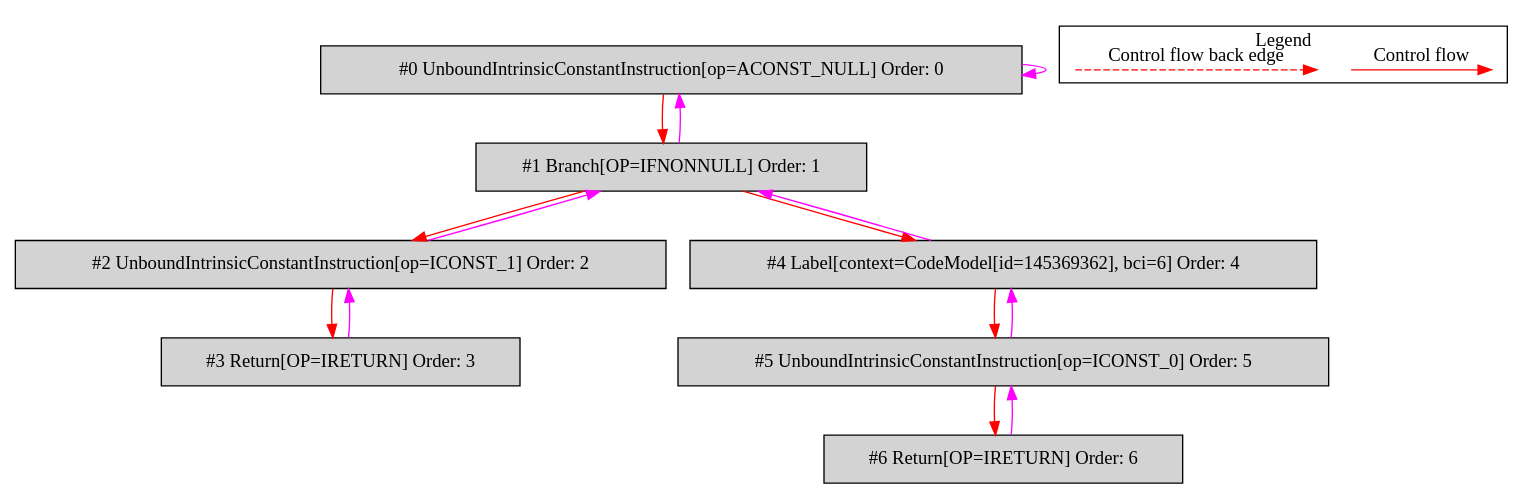
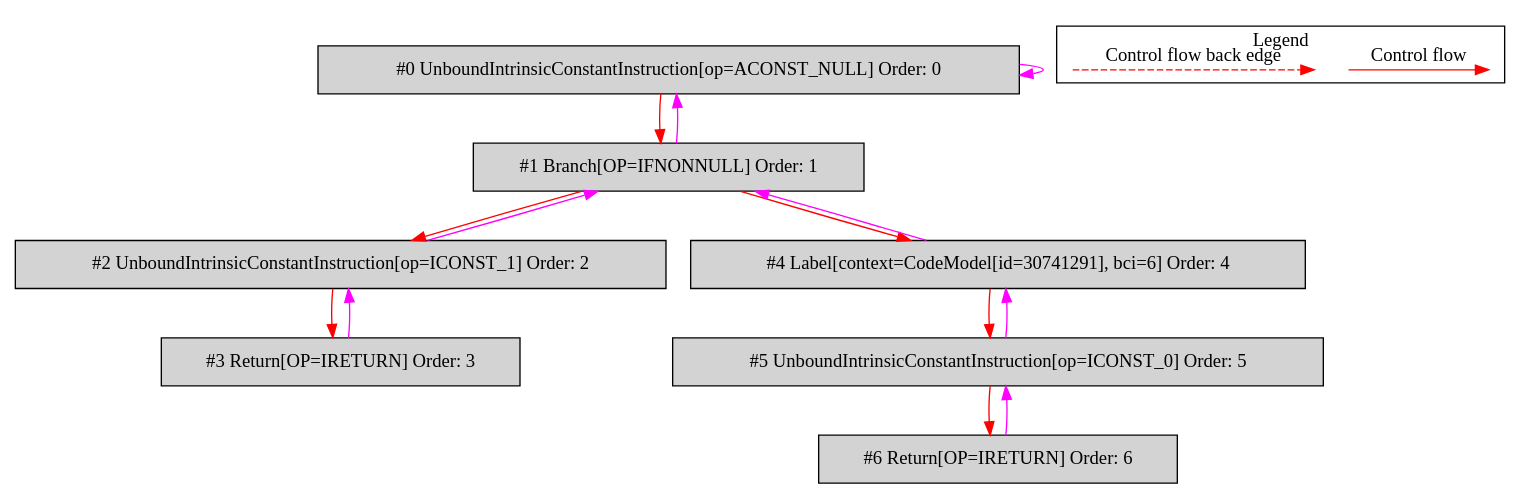
The diagram in de.mirkosertic.metair.ir.OpcodeIFNONNULLTest/test_IFNONNULL/bytecodecfg.dot (mirkosertic/MetaIR), drawn with Graphviz before and after one commit. The commit also changed 712 other files, not shown here.

```diff
--- a/de.mirkosertic.metair.ir.OpcodeIFNONNULLTest/test_IFNONNULL/bytecodecfg.dot
+++ b/de.mirkosertic.metair.ir.OpcodeIFNONNULLTest/test_IFNONNULL/bytecodecfg.dot
@@ -1,37 +1,37 @@
 digraph {
  ordering="in";
  node0[label="#0 UnboundIntrinsicConstantInstruction[op=ACONST_NULL] Order: 0", shape=box, fillcolor=lightgrey, style=filled];
  node1[label="#1 Branch[OP=IFNONNULL] Order: 1", shape=box, fillcolor=lightgrey, style=filled];
  node2[label="#2 UnboundIntrinsicConstantInstruction[op=ICONST_1] Order: 2", shape=box, fillcolor=lightgrey, style=filled];
  node3[label="#3 Return[OP=IRETURN] Order: 3", shape=box, fillcolor=lightgrey, style=filled];
- node4[label="#4 Label[context=CodeModel[id=145369362], bci=6] Order: 4", shape=box, fillcolor=lightgrey, style=filled];
+ node4[label="#4 Label[context=CodeModel[id=30741291], bci=6] Order: 4", shape=box, fillcolor=lightgrey, style=filled];
  node5[label="#5 UnboundIntrinsicConstantInstruction[op=ICONST_0] Order: 5", shape=box, fillcolor=lightgrey, style=filled];
  node6[label="#6 Return[OP=IRETURN] Order: 6", shape=box, fillcolor=lightgrey, style=filled];
  node0 -> node0[color=fuchsia];
  node0 -> node1[color=red];
  node1 -> node0[color=fuchsia];
  node1 -> node2[color=red];
  node2 -> node1[color=fuchsia];
  node2 -> node3[color=red];
  node3 -> node2[color=fuchsia];
  node1 -> node4[color=red];
  node4 -> node1[color=fuchsia];
  node4 -> node5[color=red];
  node5 -> node4[color=fuchsia];
  node5 -> node6[color=red];
  node6 -> node5[color=fuchsia];
  subgraph cluster_000 {
   label = "Legend";
   node [shape=point]
   {
    rank=same;
    c0 [style = invis];
    c1 [style = invis];
    c2 [style = invis];
    c3 [style = invis];
   }
   c0 -> c1 [label="Control flow", style=solid, color=red]
   c2 -> c3 [label="Control flow back edge", style=dashed, color=red]
  }
 
 }
```
